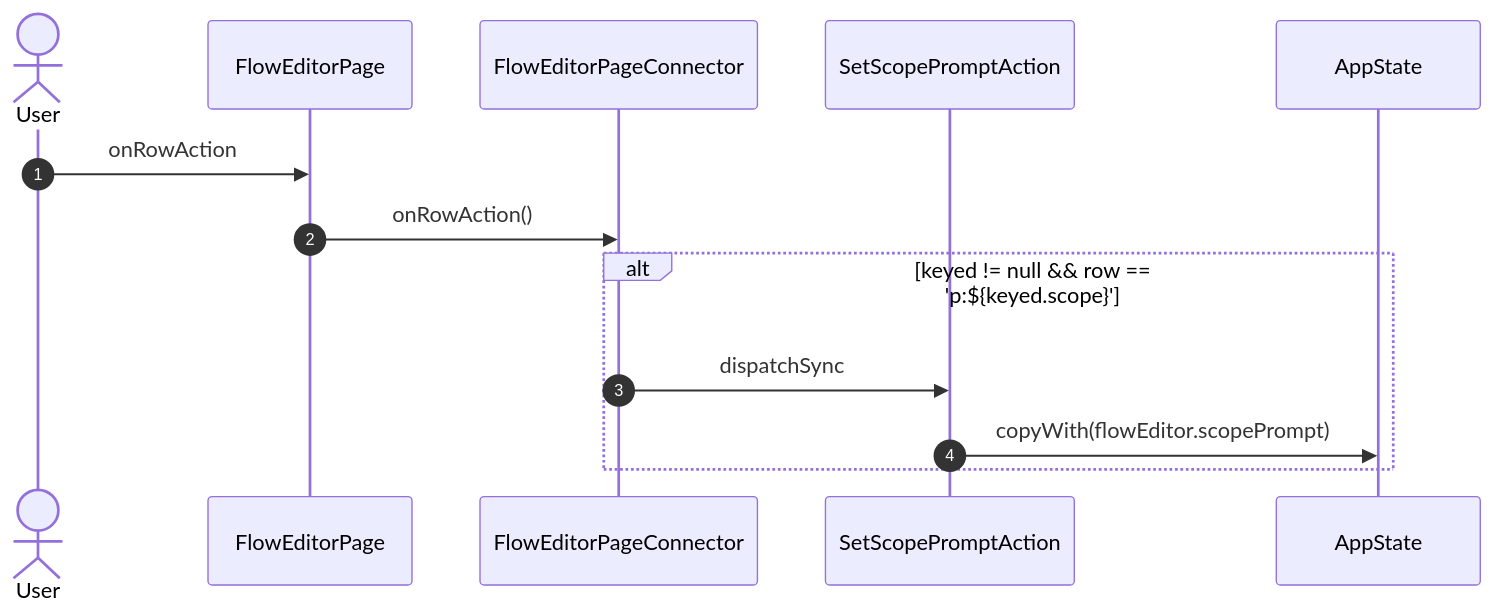
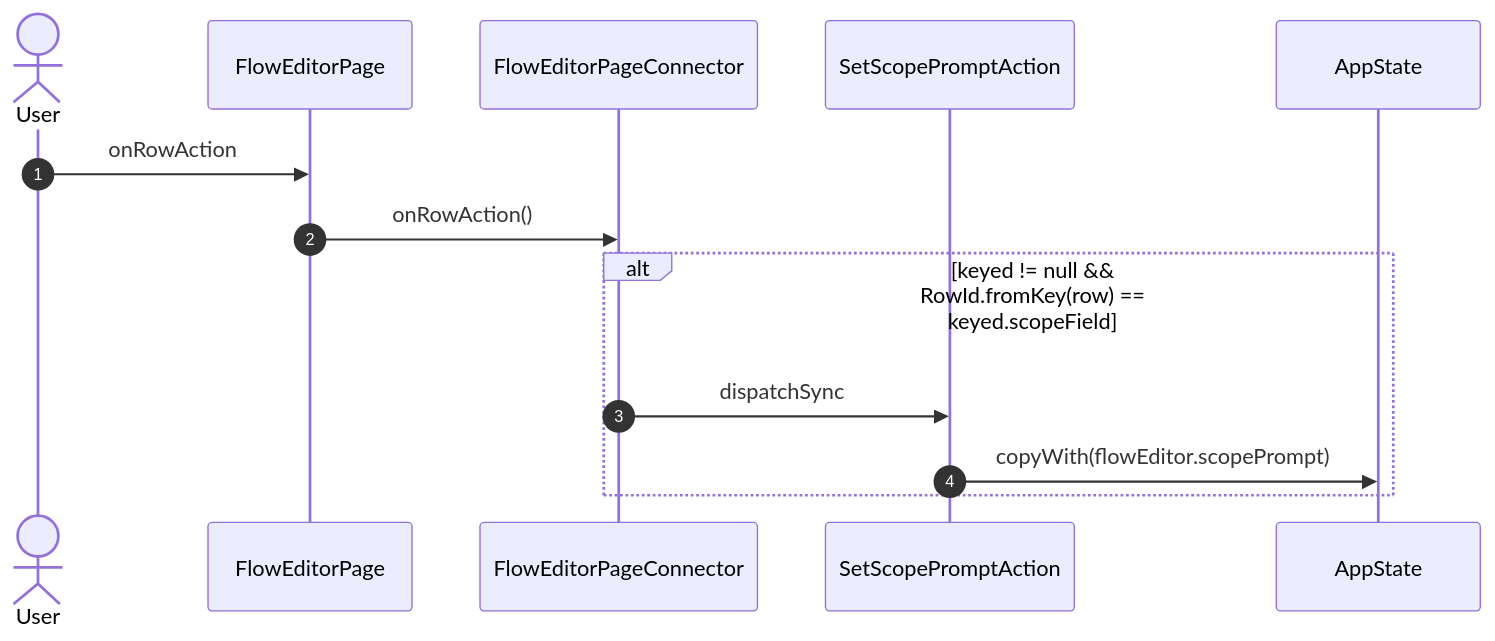
One commit to gencto/wyrm changed the ninth of 42 diagrams in studio/docs/flows/flowEditor.md. Above: the diagram before and after it, drawn with Mermaid. The commit also changed other lines of this file and 61 other files, not shown here.

First line of the commit message:
studio: flow editor: typed editor state, field ids and actions without unawaited

````diff
--- a/studio/docs/flows/flowEditor.md
+++ b/studio/docs/flows/flowEditor.md
@@ -188,16 +189,16 @@
 ```mermaid
 sequenceDiagram
     autonumber
     actor User
     participant UI as FlowEditorPage
     participant VM as FlowEditorPageConnector
     participant A1 as SetScopePromptAction
     participant ST as AppState
 
     User->>UI: onRowAction
     UI->>VM: onRowAction()
-    alt keyed != null && row == 'p:${keyed.scope}'
+    alt keyed != null && RowId.fromKey(row) == keyed.scopeField
         VM->>A1: dispatchSync
         A1->>ST: copyWith(flowEditor.scopePrompt)
     end
 ```
````
